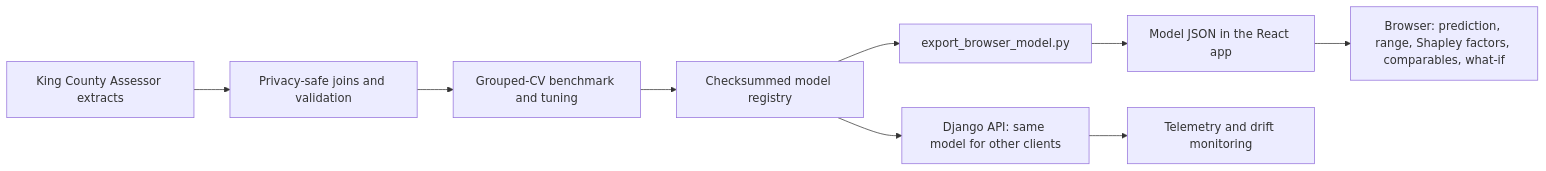
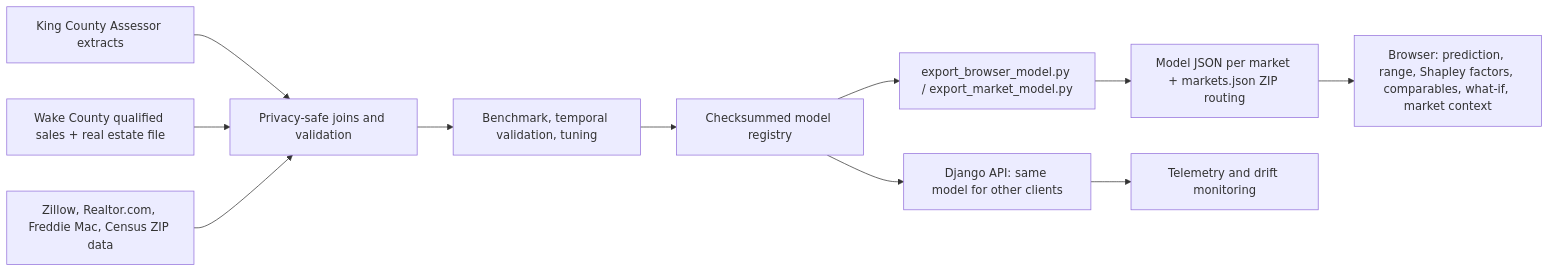
One commit to vinayakraju16/House-Price-Prediction changed the diagram in README.md. Above: the diagram before and after it, drawn with Mermaid. The commit also changed other lines of this file, not shown here.

First line of the commit message:
README: two markets (Seattle 3.1.0, Wake County 1.0.0), market data, refreshed results

````diff
--- a/README.md
+++ b/README.md
@@ -47,11 +63,13 @@
 ```mermaid
 flowchart LR
     A[King County Assessor extracts] --> B[Privacy-safe joins and validation]
-    B --> C[Grouped-CV benchmark and tuning]
+    W[Wake County qualified sales + real estate file] --> B
+    M[Zillow, Realtor.com, Freddie Mac, Census ZIP data] --> B
+    B --> C[Benchmark, temporal validation, tuning]
     C --> D[Checksummed model registry]
-    D --> E[export_browser_model.py]
-    E --> F[Model JSON in the React app]
-    F --> G[Browser: prediction, range, Shapley factors, comparables, what-if]
+    D --> E[export_browser_model.py / export_market_model.py]
+    E --> F[Model JSON per market + markets.json ZIP routing]
+    F --> G[Browser: prediction, range, Shapley factors, comparables, what-if, market context]
     D --> H[Django API: same model for other clients]
     H --> I[Telemetry and drift monitoring]
 ```
````
